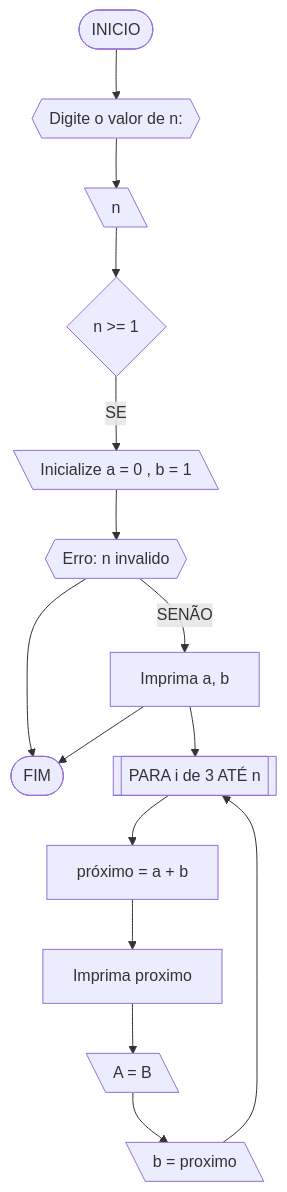
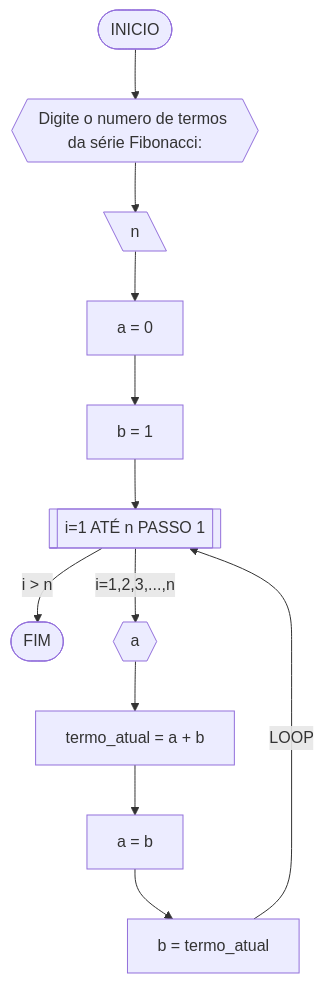
One commit to sdiogenes/unifor changed the seventh of 8 diagrams in rra/Unidade1/AD1.md. Above: the diagram before and after it, drawn with Mermaid. The commit also changed other lines of this file, not shown here.

````diff
--- a/rra/Unidade1/AD1.md
+++ b/rra/Unidade1/AD1.md
@@ -440,19 +463,14 @@
 ```mermaid
 flowchart TD
-A([INICIO]) --> B{{"Digite o valor de n: "}}
+A([INICIO]) --> B{{"Digite o numero de termos da série Fibonacci: "}}
 B --> C[\n\]
-C --> D{n >= 1}
-D --SE--> E[\Inicialize a = 0 , b = 1\]
-E --> F{{"Erro: n invalido"}}
-F --> Z
-F --SENÃO--> G[Imprima a, b]
-G --> H[[PARA i de 3 ATÉ n]]
-H --> I[próximo = a + b]
-I --> J[Imprima proximo]
-J --> K[\A = B\]
-K --> L[\b = proximo\]
-L --> H
-G --> Z([FIM])
-
- 
+C --> D[a = 0]
+D --> E[b = 1]
+E --> F[[i=1 ATÉ n PASSO 1]]
+F --"i > n"--> Z([FIM])
+F --"i=1,2,3,...,n"--> G{{a}}
+G --> H[termo_atual = a + b]
+H --> I[a = b]
+I --> J[b = termo_atual]
+J --LOOP--> F
 ```
````
